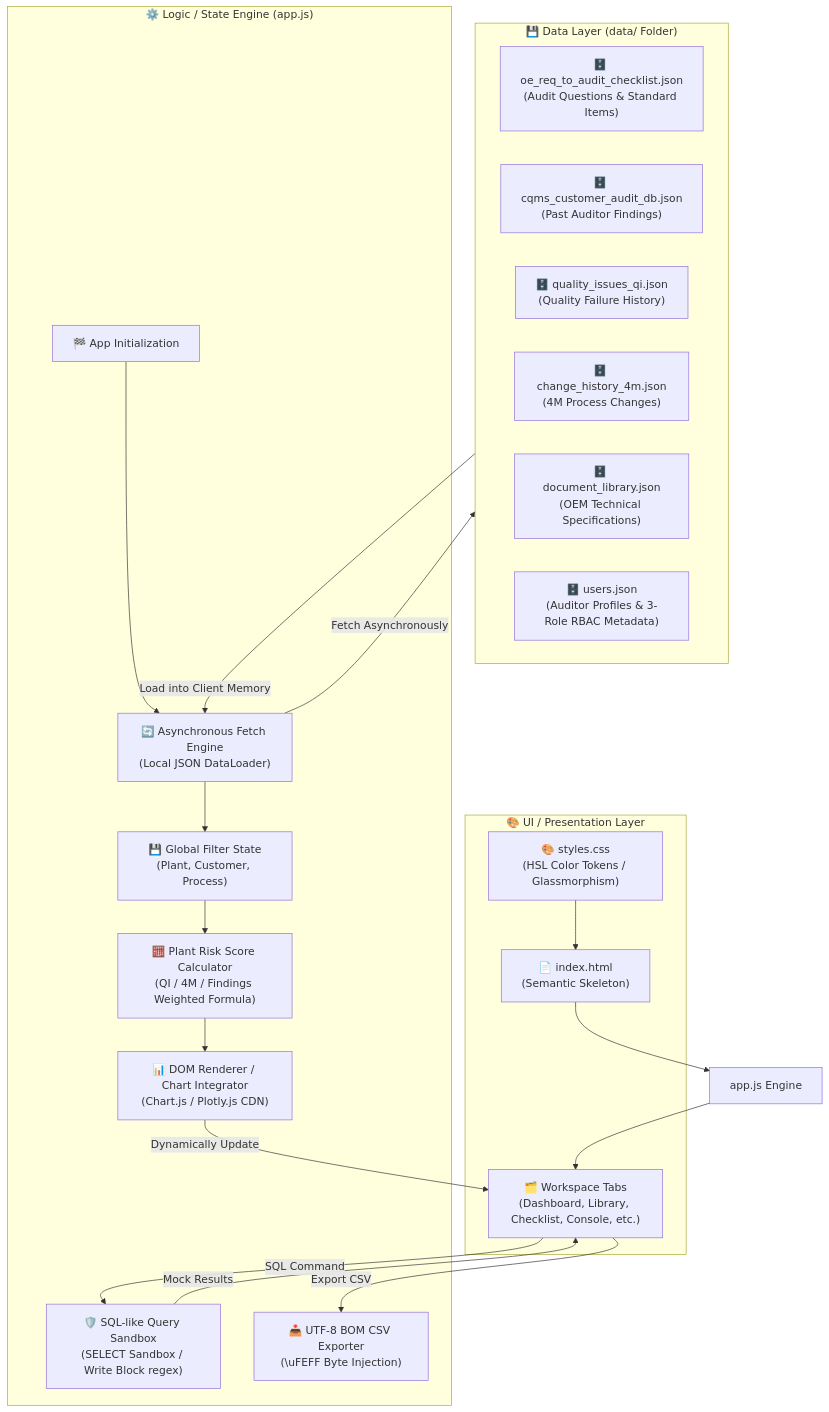
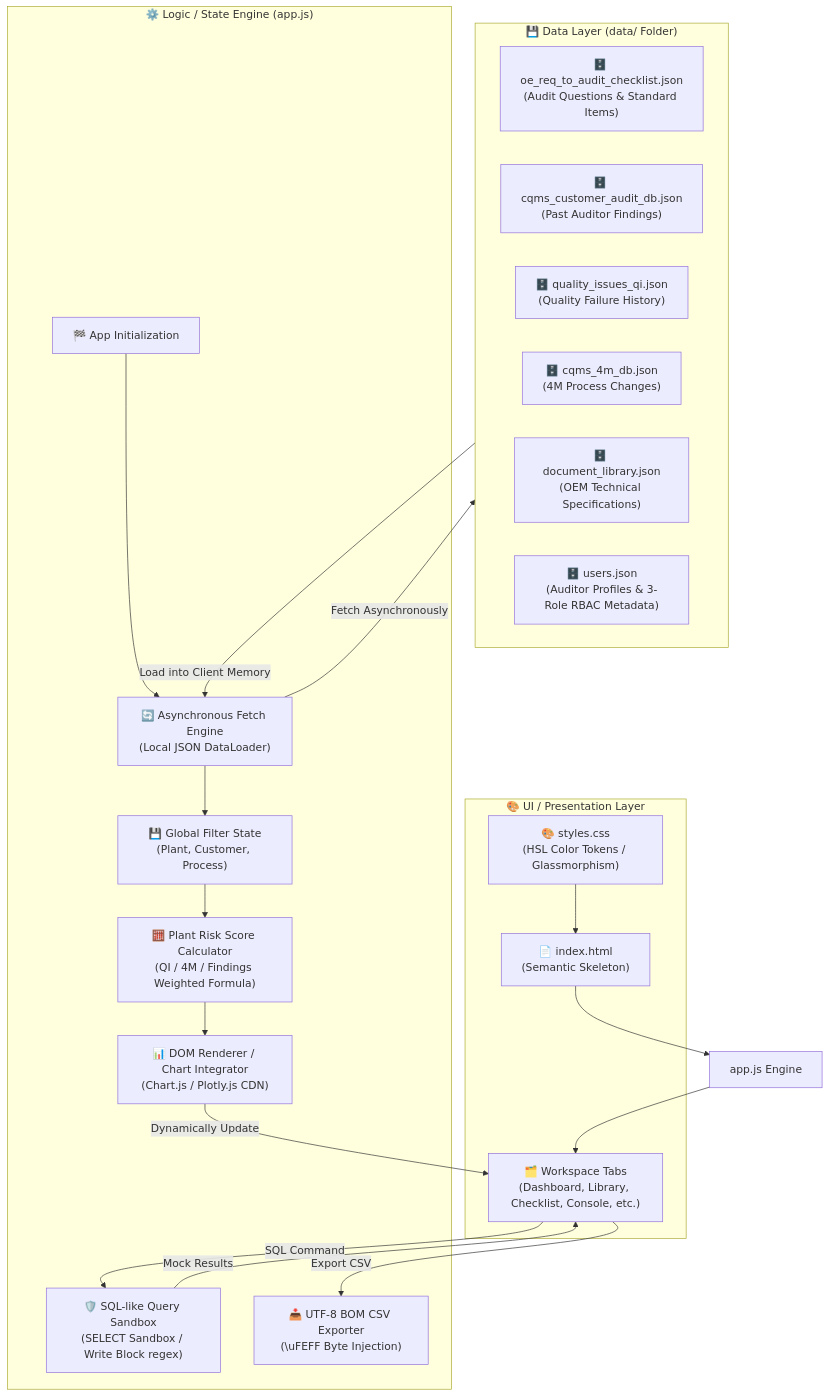
One commit to jumasi-34/RiskHunter changed the diagram in context/12_project_structure_and_coding_rules.md. Above: the diagram before and after it, drawn with Mermaid. The commit also changed other lines of this file and 7 other files, not shown here.

Commit message:
refactor: rename change_history_4m.json to cqms_4m_db.json and update all related references and documents

````diff
--- a/context/12_project_structure_and_coding_rules.md
+++ b/context/12_project_structure_and_coding_rules.md
@@ -11,48 +11,48 @@
 ```mermaid
 graph TD
     subgraph UI_Layer ["🎨 UI / Presentation Layer"]
         HTML["📄 index.html<br>(Semantic Skeleton)"]
         CSS["🎨 styles.css<br>(HSL Color Tokens / Glassmorphism)"]
         Tab["🗂️ Workspace Tabs<br>(Dashboard, Library, Checklist, Console, etc.)"]
     end
 
     subgraph Logic_Layer ["⚙️ Logic / State Engine (app.js)"]
         Init["🏁 App Initialization"]
         FetchEngine["🔄 Asynchronous Fetch Engine<br>(Local JSON DataLoader)"]
         State["💾 Global Filter State<br>(Plant, Customer, Process)"]
         RiskCalc["🧮 Plant Risk Score Calculator<br>(QI / 4M / Findings Weighted Formula)"]
         UIRender["📊 DOM Renderer / Chart Integrator<br>(Chart.js / Plotly.js CDN)"]
         SQLSandbox["🛡️ SQL-like Query Sandbox<br>(SELECT Sandbox / Write Block regex)"]
         CSVExport["📥 UTF-8 BOM CSV Exporter<br>(\uFEFF Byte Injection)"]
     end
 
     subgraph Data_Layer ["💾 Data Layer (data/ Folder)"]
         JSON_Checklist["🗄️ oe_req_to_audit_checklist.json<br>(Audit Questions & Standard Items)"]
         JSON_Findings["🗄️ cqms_customer_audit_db.json<br>(Past Auditor Findings)"]
         JSON_QI["🗄️ quality_issues_qi.json<br>(Quality Failure History)"]
-        JSON_4M["🗄️ change_history_4m.json<br>(4M Process Changes)"]
+        JSON_4M["🗄️ cqms_4m_db.json<br>(4M Process Changes)"]
         JSON_Doc["🗄️ document_library.json<br>(OEM Technical Specifications)"]
         JSON_Users["🗄️ users.json<br>(Auditor Profiles & 3-Role RBAC Metadata)"]
     end
 
     %% UI to Logic
     HTML --> AppJS["app.js Engine"]
     CSS --> HTML
     AppJS --> Tab
     
     %% Initialization flow
     Init --> FetchEngine
     FetchEngine -->|Fetch Asynchronously| Data_Layer
     Data_Layer -->|Load into Client Memory| FetchEngine
     FetchEngine --> State
     
     %% Logic operations
     State --> RiskCalc
     RiskCalc --> UIRender
     UIRender -->|Dynamically Update| Tab
     
     %% Security & Exports
     Tab -->|SQL Command| SQLSandbox
     SQLSandbox -->|Mock Results| Tab
     Tab -->|Export CSV| CSVExport
 ```
````
